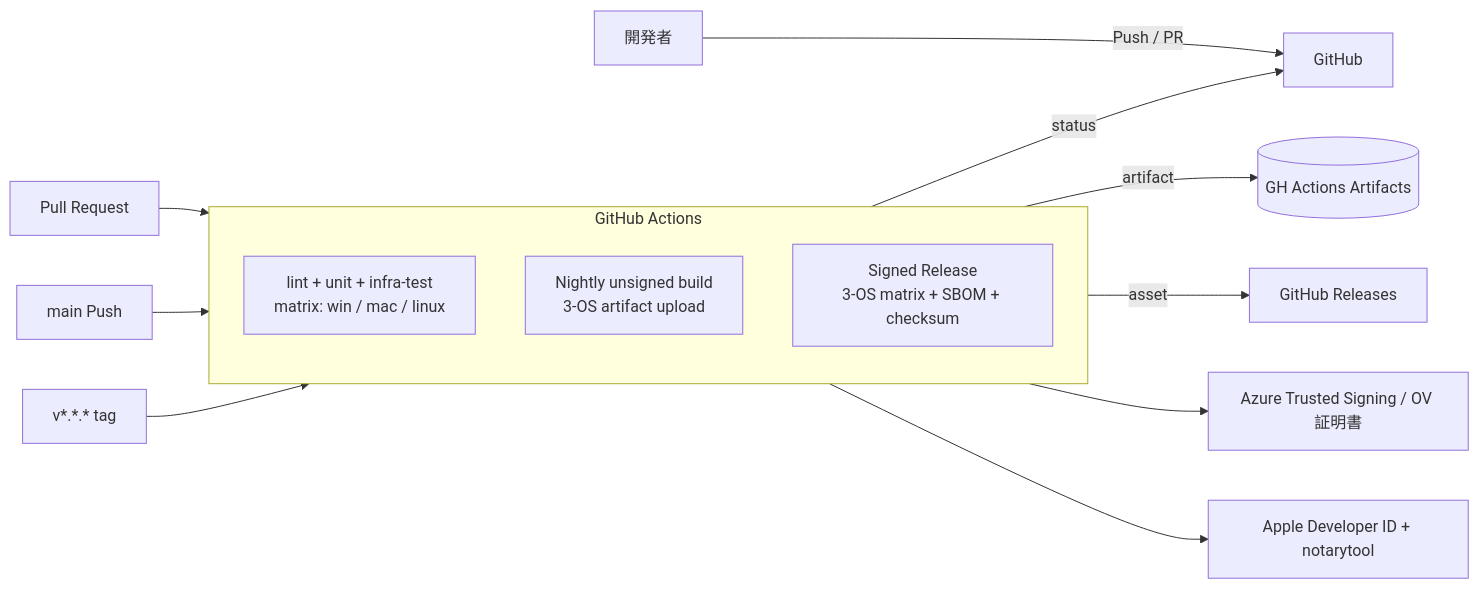
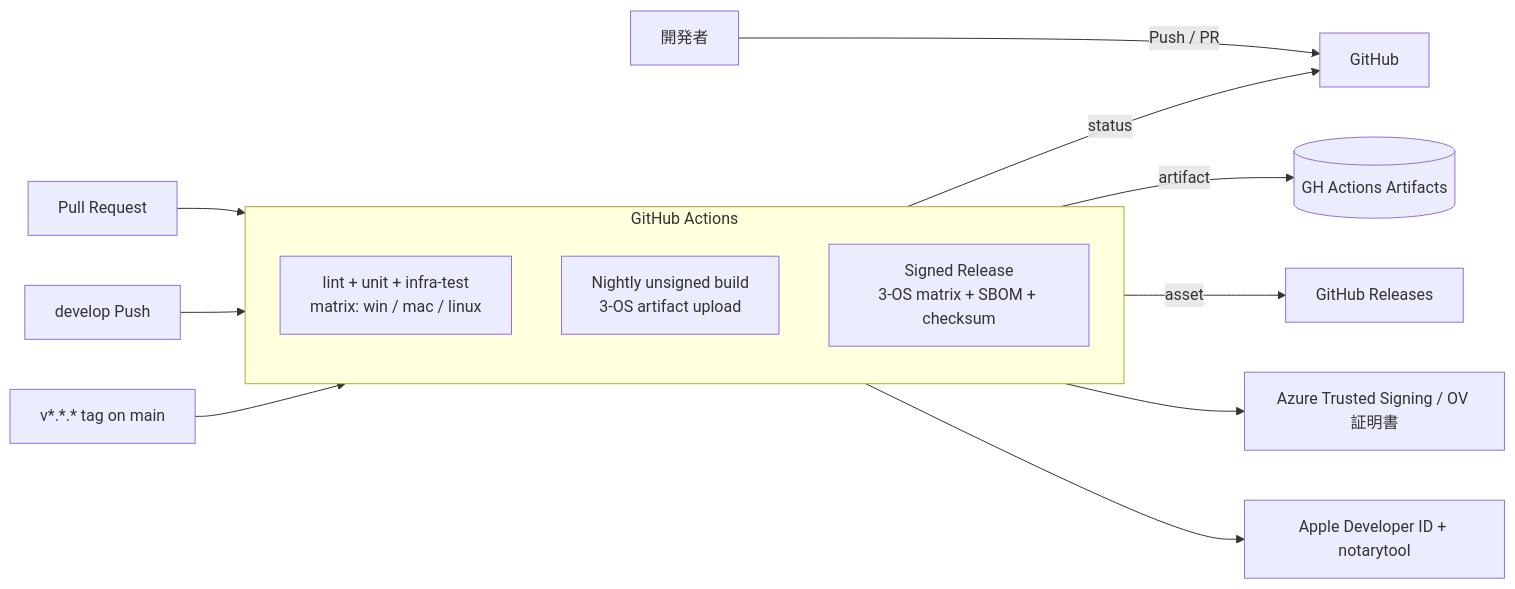
The first of 2 diagrams in docs/architecture/dev.md (shikomi-dev/shikomi), drawn with Mermaid before and after one commit. The commit also changed other lines of this file, not shown here.

````diff
--- a/docs/architecture/dev.md
+++ b/docs/architecture/dev.md
@@ -9,20 +9,20 @@
 ```mermaid
 flowchart LR
     Dev[開発者] -- Push / PR --> GH[GitHub]
     PR[Pull Request] --> LintTest
-    Push[main Push] --> Nightly
-    Tag[v*.*.* tag] --> Release
+    Push[develop Push] --> Nightly
+    Tag[v*.*.* tag on main] --> Release
 
     subgraph GHA[GitHub Actions]
         direction TB
         LintTest[lint + unit + infra-test<br/>matrix: win / mac / linux]
         Nightly[Nightly unsigned build<br/>3-OS artifact upload]
         Release[Signed Release<br/>3-OS matrix + SBOM + checksum]
     end
 
     LintTest -- status --> GH
     Nightly -- artifact --> Artifacts[(GH Actions Artifacts)]
     Release -- asset --> GHRel[GitHub Releases]
     Release --> WinSign[Azure Trusted Signing / OV 証明書]
     Release --> MacSign[Apple Developer ID + notarytool]
 ```
````
